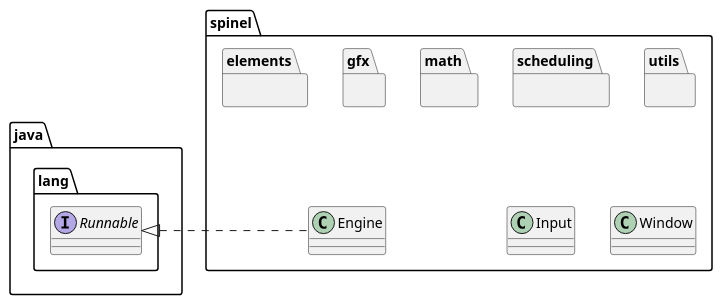
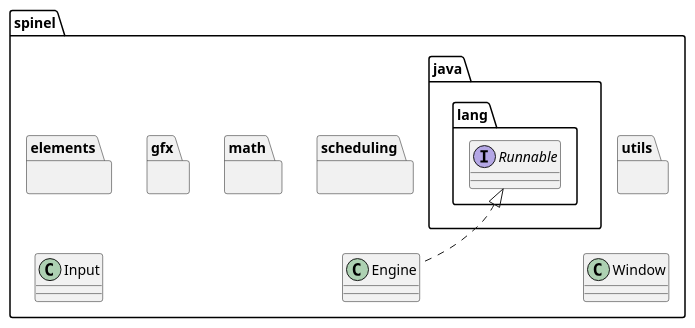
Before and after one commit to photonsquid/7map: the diagram in doc/slideshow/medias/uml/spinel.plantuml, drawn with PlantUML. The commit also changed 17 other files, not shown here.

```diff
--- a/doc/slideshow/medias/uml/spinel.plantuml
+++ b/doc/slideshow/medias/uml/spinel.plantuml
@@ -1,25 +1,20 @@
 @startuml spinel
 package spinel{
-    package "utils" {}
-    package "scheduling" {}
-    package "math" {}
-    package "gfx" {}
-    package "elements" {}
-    class "Window"
-    class "Input"
-    class "Engine"
+    package utils {}
+    package scheduling {}
+    package math {}
+    package gfx {}
+    package elements {
+    }
+    class Window
+    class Input
+    class Engine implements java.lang.Runnable
 
     utils <-[hidden]- Window
     math <-[hidden]- Engine
-    scheduling <-[hidden]- Input
+    elements <-[hidden]- Input
 }
-
-package java.lang {
-    interface Runnable
-}
-
-Engine .left.|> Runnable
 
 
 
 @enduml
```
